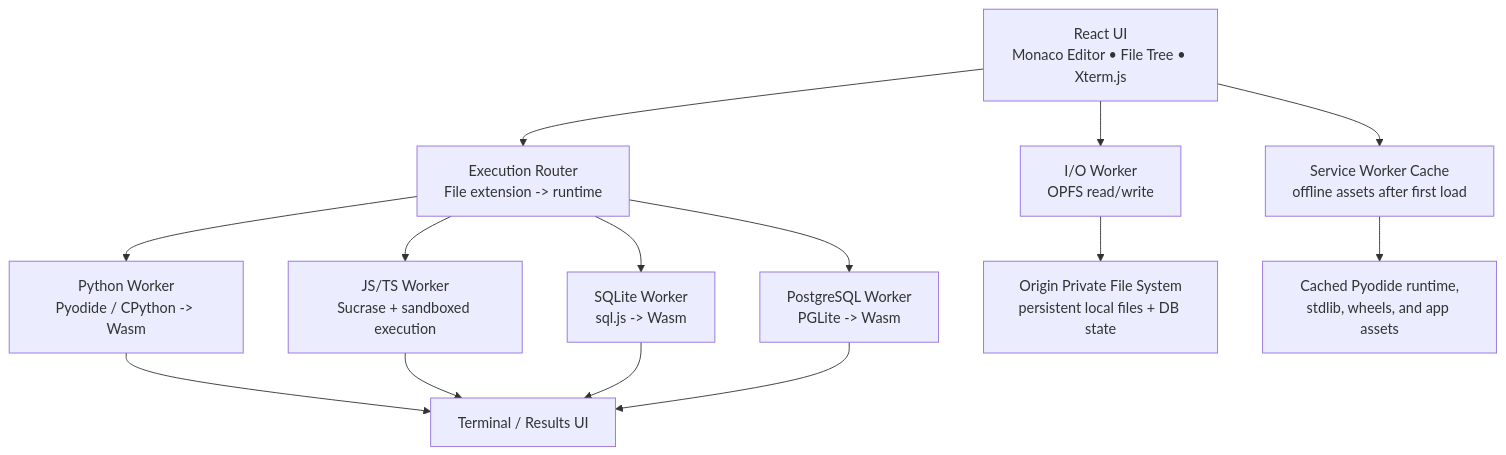
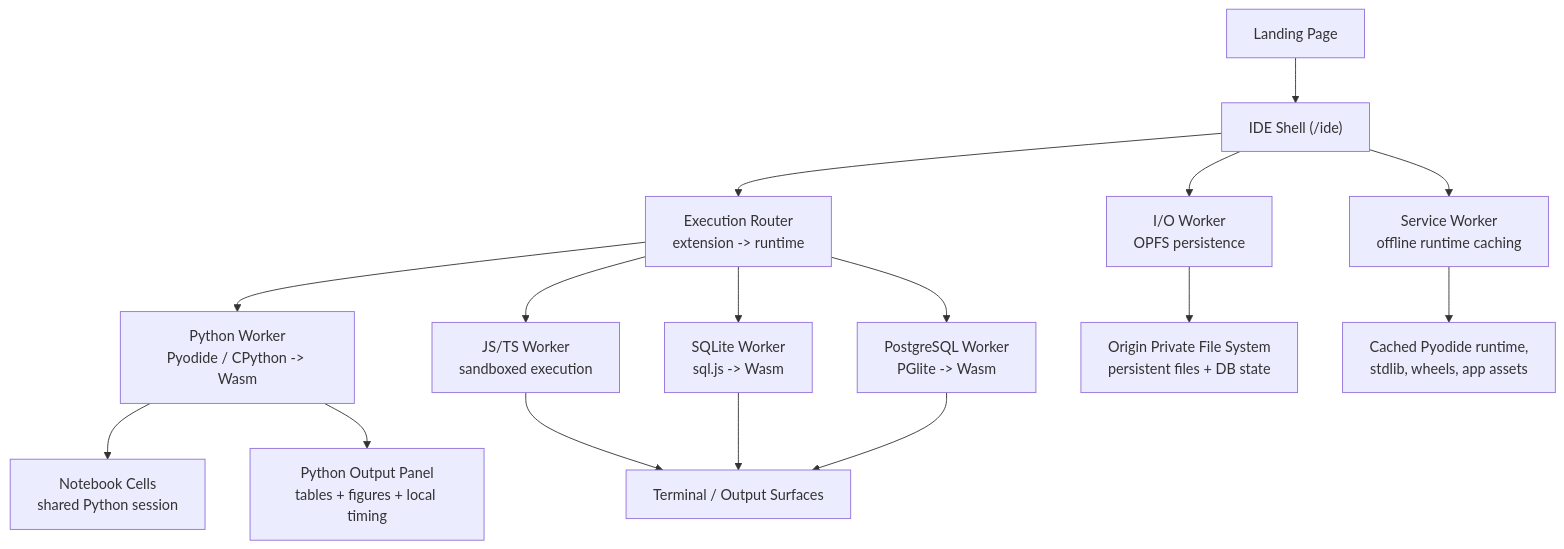
The diagram in README.md (Tarunpathak001/wasmForge), drawn with Mermaid before and after one commit. The commit also changed other lines of this file, not shown here.

````diff
--- a/README.md
+++ b/README.md
@@ -34,19 +176,22 @@
 ```mermaid
 flowchart TD
-    UI["React UI<br/>Monaco Editor • File Tree • Xterm.js"] --> Router["Execution Router<br/>File extension -> runtime"]
-    UI --> IO["I/O Worker<br/>OPFS read/write"]
-    UI --> SW["Service Worker Cache<br/>offline assets after first load"]
+    Landing["Landing Page"] --> IDE["IDE Shell (/ide)"]
+
+    IDE --> Router["Execution Router<br/>extension -> runtime"]
+    IDE --> IO["I/O Worker<br/>OPFS persistence"]
+    IDE --> SW["Service Worker<br/>offline runtime caching"]
 
     Router --> PY["Python Worker<br/>Pyodide / CPython -> Wasm"]
-    Router --> JS["JS/TS Worker<br/>Sucrase + sandboxed execution"]
+    Router --> JS["JS/TS Worker<br/>sandboxed execution"]
     Router --> SQ["SQLite Worker<br/>sql.js -> Wasm"]
-    Router --> PG["PostgreSQL Worker<br/>PGLite -> Wasm"]
+    Router --> PG["PostgreSQL Worker<br/>PGlite -> Wasm"]
 
-    PY --> TERM["Terminal / Results UI"]
-    JS --> TERM
+    PY --> NB["Notebook Cells<br/>shared Python session"]
+    PY --> PO["Python Output Panel<br/>tables + figures + local timing"]
+    JS --> TERM["Terminal / Output Surfaces"]
     SQ --> TERM
     PG --> TERM
 
-    IO --> OPFS["Origin Private File System<br/>persistent local files + DB state"]
-    SW --> CACHE["Cached Pyodide runtime,<br/>stdlib, wheels, and app assets"]
+    IO --> OPFS["Origin Private File System<br/>persistent files + DB state"]
+    SW --> CACHE["Cached Pyodide runtime,<br/>stdlib, wheels, app assets"]
 ```
````
